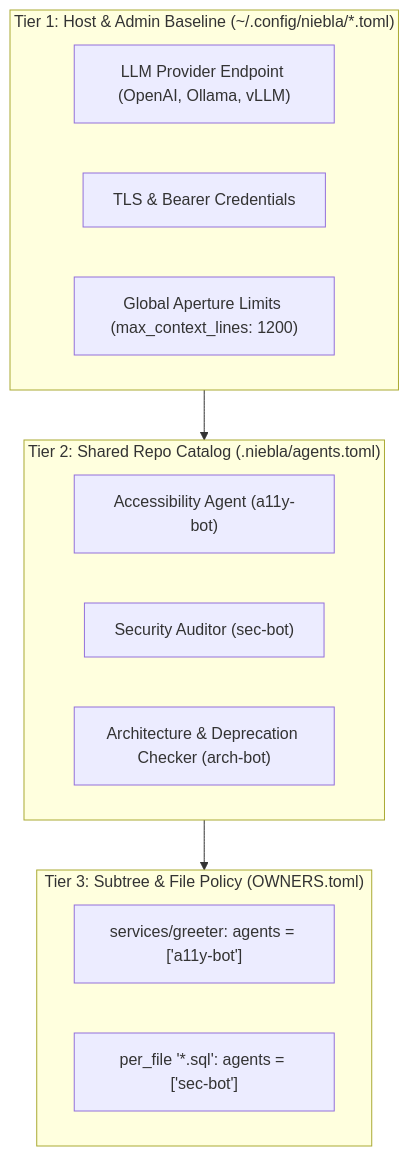
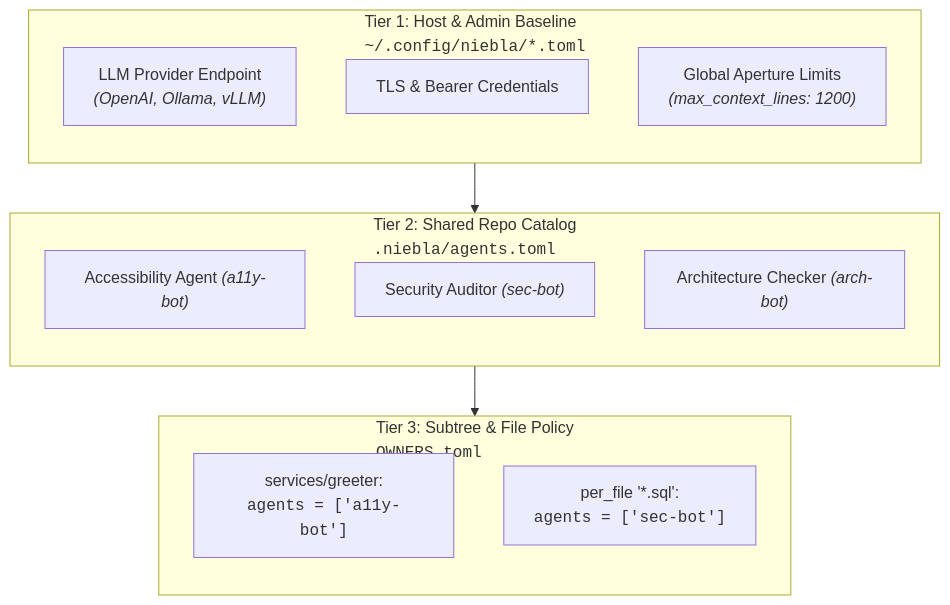
Before and after one commit to mrtnzjsh/niebla: the first of 3 diagrams in docs-site/src/content/docs/cotejo/ai-assistance.md, drawn with Mermaid. The commit also changed 3 other files, not shown here.

Commit message:
fix(docs): resolve Mermaid title truncation and optimize table typography

````diff
--- a/docs-site/src/content/docs/cotejo/ai-assistance.md
+++ b/docs-site/src/content/docs/cotejo/ai-assistance.md
@@ -19,21 +19,24 @@
 ```mermaid
 flowchart TD
-    subgraph Tier1["Tier 1: Host & Admin Baseline (~/.config/niebla/*.toml)"]
-        T1_A["LLM Provider Endpoint (OpenAI, Ollama, vLLM)"]
+    subgraph Tier1["Tier 1: Host & Admin Baseline<br/><code>~/.config/niebla/*.toml</code>"]
+        direction TB
+        T1_A["LLM Provider Endpoint<br/><i>(OpenAI, Ollama, vLLM)</i>"]
         T1_B["TLS & Bearer Credentials"]
-        T1_C["Global Aperture Limits (max_context_lines: 1200)"]
+        T1_C["Global Aperture Limits<br/><i>(max_context_lines: 1200)</i>"]
     end
 
-    subgraph Tier2["Tier 2: Shared Repo Catalog (.niebla/agents.toml)"]
-        T2_A["Accessibility Agent (a11y-bot)"]
-        T2_B["Security Auditor (sec-bot)"]
-        T2_C["Architecture & Deprecation Checker (arch-bot)"]
+    subgraph Tier2["Tier 2: Shared Repo Catalog<br/><code>.niebla/agents.toml</code>"]
+        direction TB
+        T2_A["Accessibility Agent <i>(a11y-bot)</i>"]
+        T2_B["Security Auditor <i>(sec-bot)</i>"]
+        T2_C["Architecture Checker <i>(arch-bot)</i>"]
     end
 
-    subgraph Tier3["Tier 3: Subtree & File Policy (OWNERS.toml)"]
-        T3_A["services/greeter: agents = ['a11y-bot']"]
-        T3_B["per_file '*.sql': agents = ['sec-bot']"]
+    subgraph Tier3["Tier 3: Subtree & File Policy<br/><code>OWNERS.toml</code>"]
+        direction TB
+        T3_A["services/greeter:<br/><code>agents = ['a11y-bot']</code>"]
+        T3_B["per_file '*.sql':<br/><code>agents = ['sec-bot']</code>"]
     end
 
     Tier1 --> Tier2 --> Tier3
 ```
````
